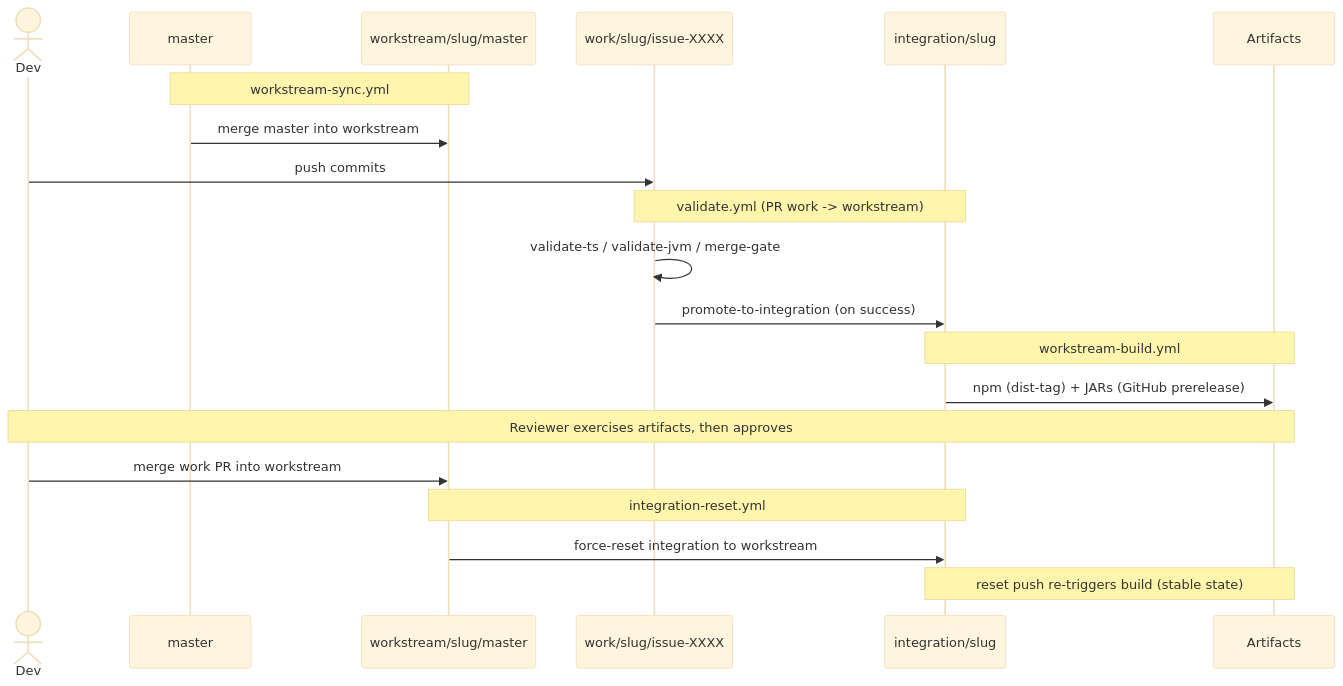
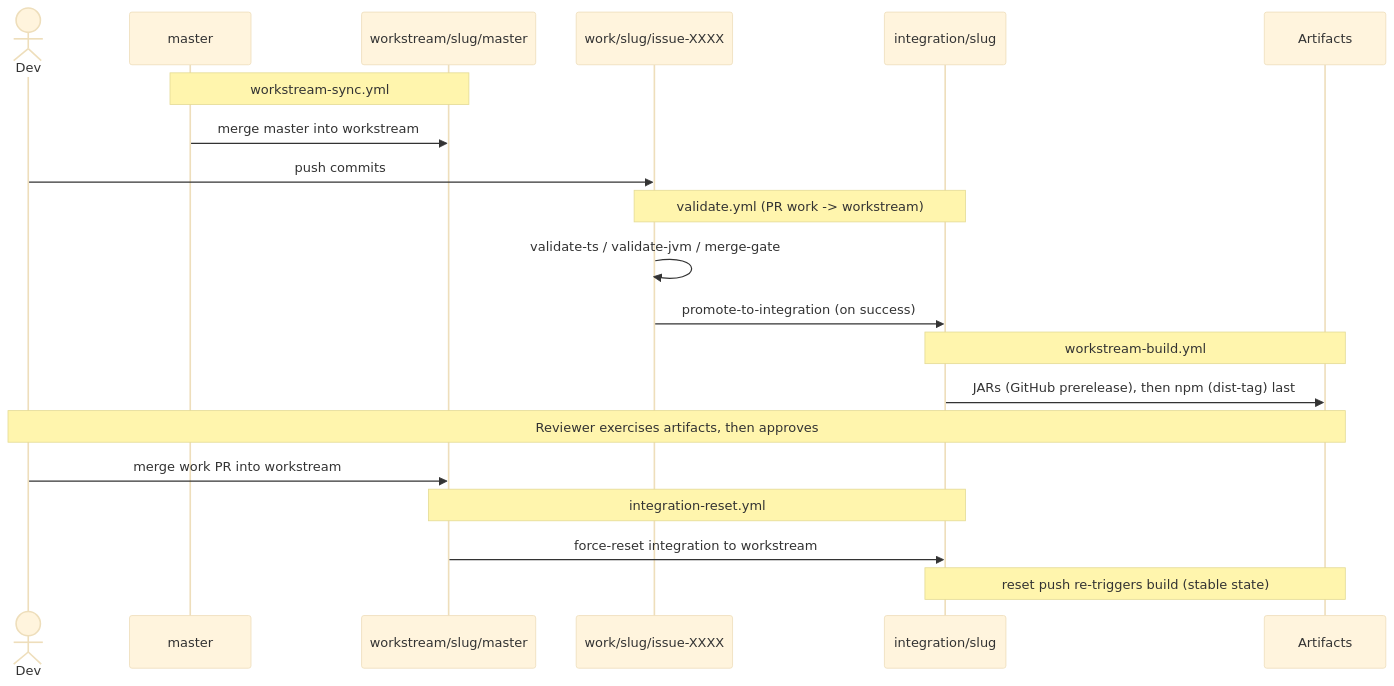
The diagram in docs/WORKSTREAM_WORKFLOW.md (whoz-oss/coday), drawn with Mermaid (base theme) before and after one commit. The commit also changed other lines of this file and 1 other file, not shown here.

Commit message:
fix: #1596 publish npm last in workstream build

````diff
--- a/docs/WORKSTREAM_WORKFLOW.md
+++ b/docs/WORKSTREAM_WORKFLOW.md
@@ -86,28 +86,28 @@
 ```mermaid
 sequenceDiagram
     actor Dev
     participant master
     participant ws as workstream/slug/master
     participant work as work/slug/issue-XXXX
     participant int as integration/slug
     participant art as Artifacts
 
     Note over master,ws: workstream-sync.yml
     master->>ws: merge master into workstream
 
     Dev->>work: push commits
 
     Note over work,int: validate.yml (PR work -> workstream)
     work->>work: validate-ts / validate-jvm / merge-gate
     work->>int: promote-to-integration (on success)
 
     Note over int,art: workstream-build.yml
-    int->>art: npm (dist-tag) + JARs (GitHub prerelease)
+    int->>art: JARs (GitHub prerelease), then npm (dist-tag) last
 
     Note over Dev,art: Reviewer exercises artifacts, then approves
     Dev->>ws: merge work PR into workstream
 
     Note over ws,int: integration-reset.yml
     ws->>int: force-reset integration to workstream
     Note over int,art: reset push re-triggers build (stable state)
 ```
````
